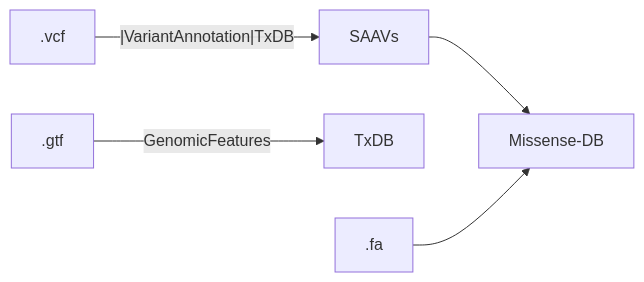
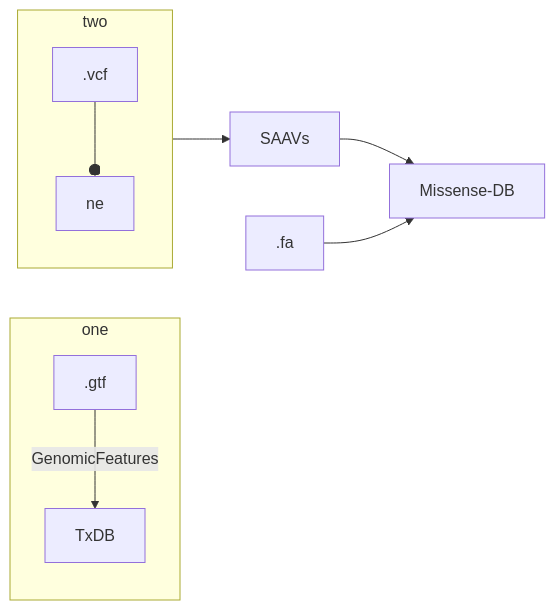
The diagram in README.md (hdesai17/chemoproteogenomics), drawn with Mermaid before and after one commit.

````diff
--- a/README.md
+++ b/README.md
@@ -19,8 +19,13 @@
 ```mermaid
 flowchart LR;
-   .vcf--|VariantAnnotation|TxDB-->SAAVs;
-   .gtf-->|GenomicFeatures|TxDB;
+   subgraph one
+   .gtf-->|GenomicFeatures|TxDB
+   end
+   subgraph two
+   .vcf--one
+   end
+   two-->SAAVs
    SAAVs-->Missense-DB;
    .fa-->Missense-DB;
-   classDef empty width:-1px,height:-1px;
+
 ```
````
